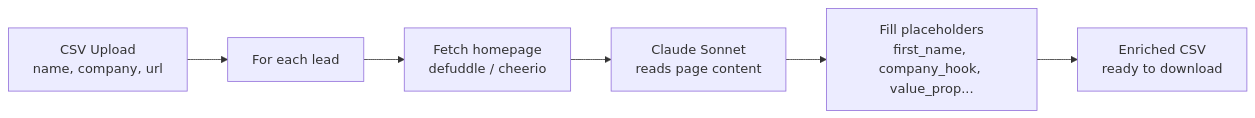
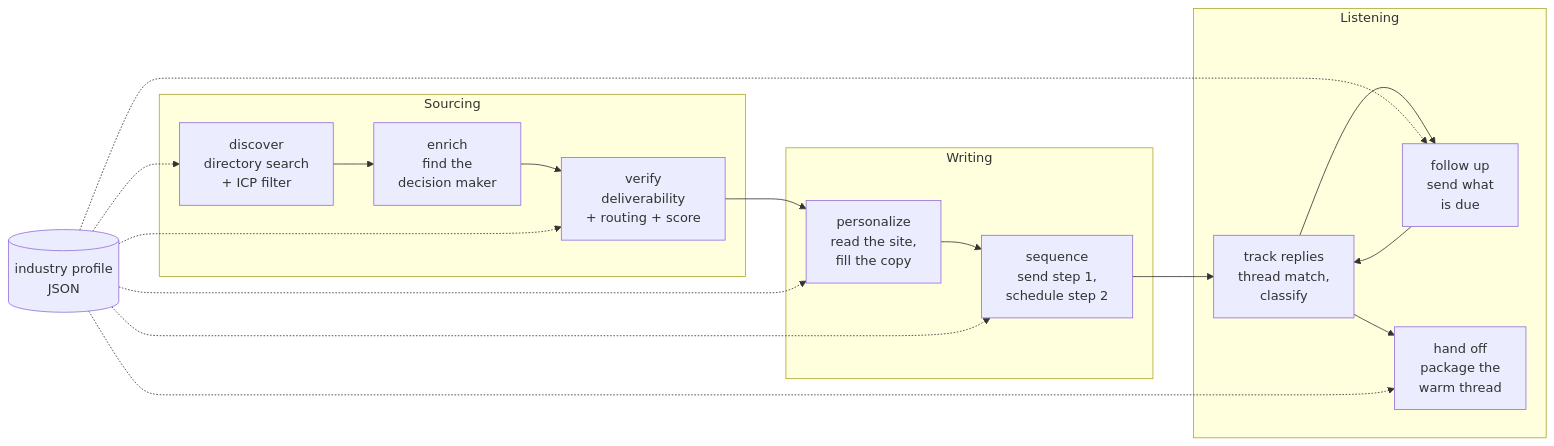
Before and after one commit to joydai2026-del/coldspark: the diagram in README.md, drawn with Mermaid. The commit also changed other lines of this file and 67 other files, not shown here.

````diff
--- a/README.md
+++ b/README.md
@@ -15,8 +31,19 @@
 ```mermaid
 graph LR
-    A[CSV Upload<br/>name, company, url] --> B[For each lead]
-    B --> C[Fetch homepage<br/>defuddle / cheerio]
-    C --> D[Claude Sonnet<br/>reads page content]
-    D --> E[Fill placeholders<br/>first_name, company_hook, value_prop...]
-    E --> F[Enriched CSV<br/>ready to download]
+    subgraph Sourcing
+        D[discover<br/>directory search<br/>+ ICP filter] --> E[enrich<br/>find the<br/>decision maker]
+        E --> V[verify<br/>deliverability<br/>+ routing + score]
+    end
+    subgraph Writing
+        V --> P[personalize<br/>read the site,<br/>fill the copy]
+        P --> S[sequence<br/>send step 1,<br/>schedule step 2]
+    end
+    subgraph Listening
+        S --> R[track replies<br/>thread match,<br/>classify]
+        R --> F[follow up<br/>send what<br/>is due]
+        F --> R
+        R --> H[hand off<br/>package the<br/>warm thread]
+    end
+
+    CFG[(industry profile<br/>JSON)] -.-> D & V & P & S & F & H
 ```
````
